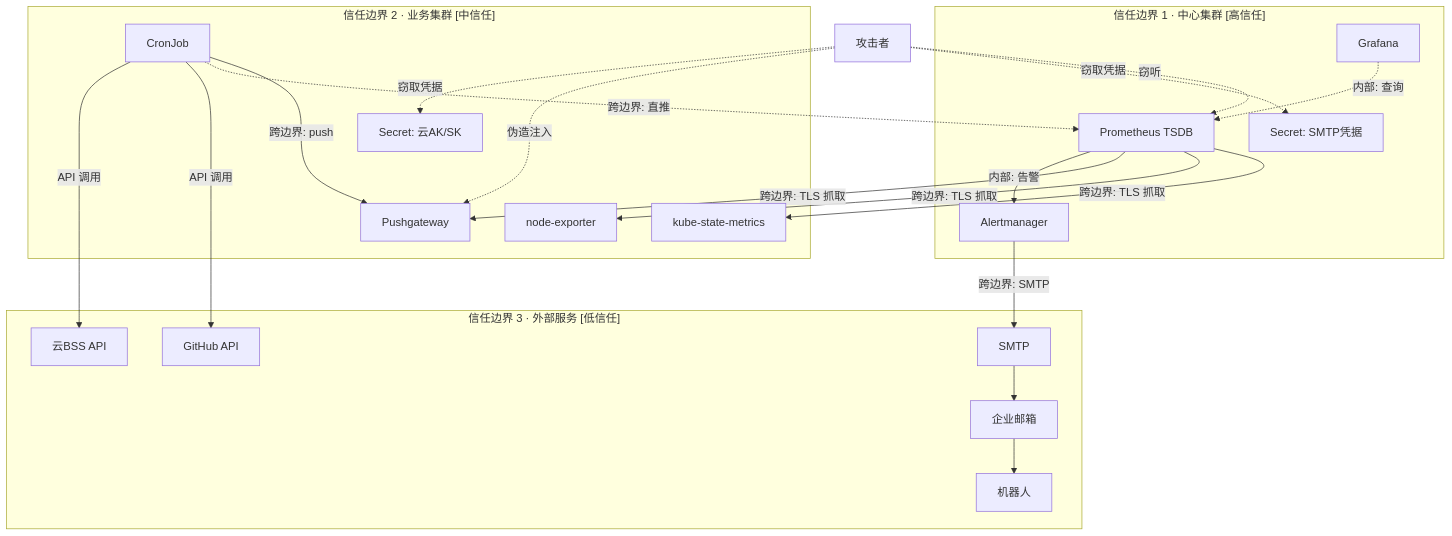
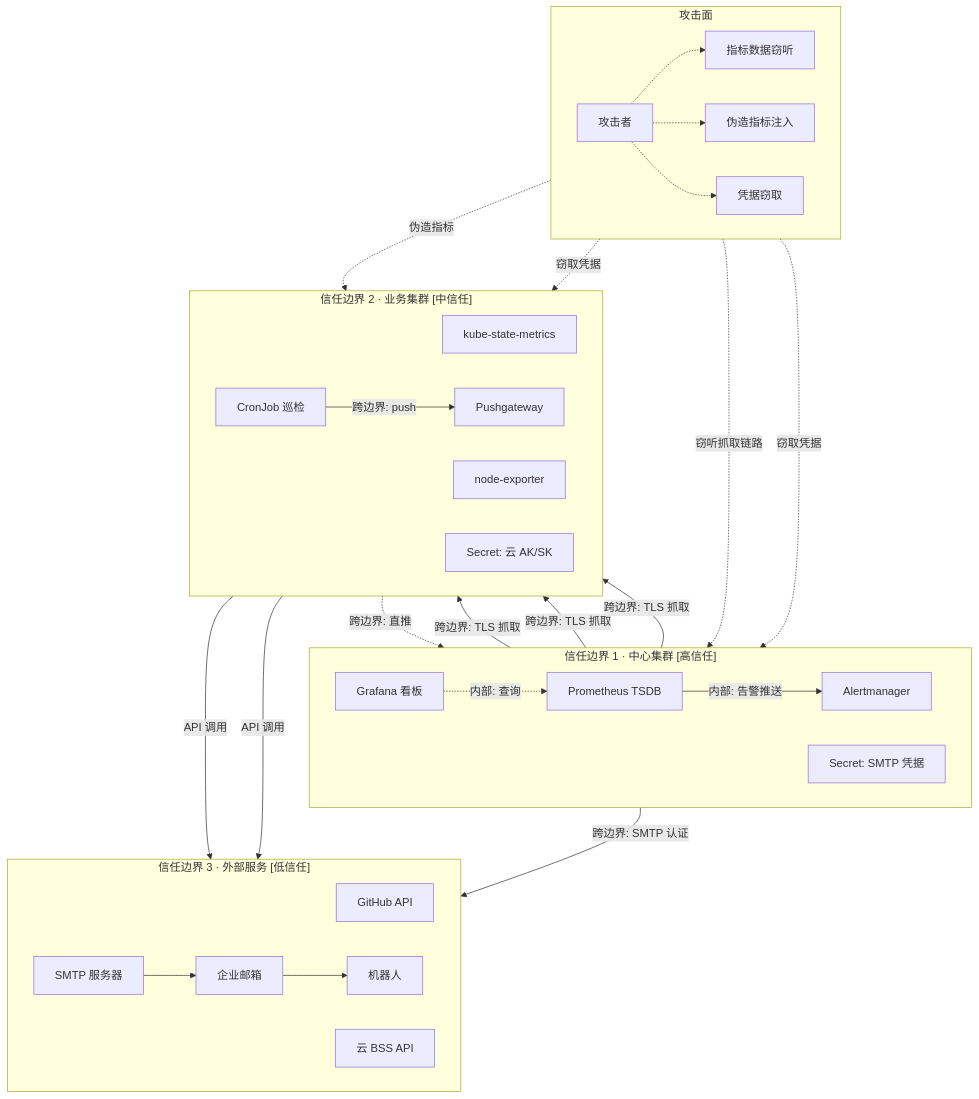
One commit to KadenZhang3321/CI_stable changed the third of 3 diagrams in Architecture Design/#1 Architecture Design Specification.md. Above: the diagram before and after it, drawn with Mermaid. The commit also changed other lines of this file, not shown here.

Commit message:
Update metadata, fix all Mermaid diagrams: use graph TB with direction LR in subgraphs

````diff
--- a/Architecture Design/#1 Architecture Design Specification.md
+++ b/Architecture Design/#1 Architecture Design Specification.md
@@ -234,42 +228,57 @@
 ```mermaid
-flowchart TB
-    subgraph tb1["信任边界 1 · 中心集群 [高信任]"]
+graph TB
+    subgraph "攻击面"
+        direction LR
+        Attacker["攻击者"]
+        Leak["指标数据窃听"]
+        Spoof["伪造指标注入"]
+        CredTheft["凭据窃取"]
+    end
+
+    subgraph "信任边界 1 · 中心集群 [高信任]"
+        direction LR
         PromT["Prometheus TSDB"]
         AMT["Alertmanager"]
-        GFT["Grafana"]
-        SecT["Secret: SMTP凭据"]
+        GFT["Grafana 看板"]
+        SecT["Secret: SMTP 凭据"]
     end
 
-    subgraph tb2["信任边界 2 · 业务集群 [中信任]"]
+    subgraph "信任边界 2 · 业务集群 [中信任]"
+        direction LR
         KSMT["kube-state-metrics"]
         NET["node-exporter"]
         PGT["Pushgateway"]
-        CJT["CronJob"]
-        SecC["Secret: 云AK/SK"]
+        CJT["CronJob 巡检"]
+        SecC["Secret: 云 AK/SK"]
     end
 
-    subgraph tb3["信任边界 3 · 外部服务 [低信任]"]
+    subgraph "信任边界 3 · 外部服务 [低信任]"
+        direction LR
         GitHubT["GitHub API"]
-        CloudT["云BSS API"]
-        SMTPT["SMTP"]
+        CloudT["云 BSS API"]
+        SMTPT["SMTP 服务器"]
         MailT["企业邮箱"]
         BotT["机器人"]
     end
 
-    PromT -->|"跨边界: TLS 抓取"| KSMT
-    PromT -->|"跨边界: TLS 抓取"| NET
-    PromT -->|"跨边界: TLS 抓取"| PGT
-    CJT -->|"跨边界: push"| PGT
-    CJT -.->|"跨边界: 直推"| PromT
+    PromT -->|跨边界: TLS 抓取| KSMT
+    PromT -->|跨边界: TLS 抓取| NET
+    PromT -->|跨边界: TLS 抓取| PGT
+    CJT -->|跨边界: push| PGT
+    CJT -.->|跨边界: 直推| PromT
     CJT -->|API 调用| GitHubT
     CJT -->|API 调用| CloudT
-    AMT -->|"跨边界: SMTP"| SMTPT
-    SMTPT --> MailT --> BotT
-    PromT -->|内部: 告警| AMT
+    AMT -->|跨边界: SMTP 认证| SMTPT
+    SMTPT --> MailT
+    MailT --> BotT
+    PromT -->|内部: 告警推送| AMT
     GFT -.->|内部: 查询| PromT
 
-    Attacker["攻击者"] -.->|窃听| PromT
-    Attacker -.->|伪造注入| PGT
-    Attacker -.->|窃取凭据| SecT
-    Attacker -.->|窃取凭据| SecC
+    Attacker -.-> Leak
+    Attacker -.-> Spoof
+    Attacker -.-> CredTheft
+    Leak -.->|窃听抓取链路| PromT
+    Spoof -.->|伪造指标| PGT
+    CredTheft -.->|窃取凭据| SecT
+    CredTheft -.->|窃取凭据| SecC
 ```
````
